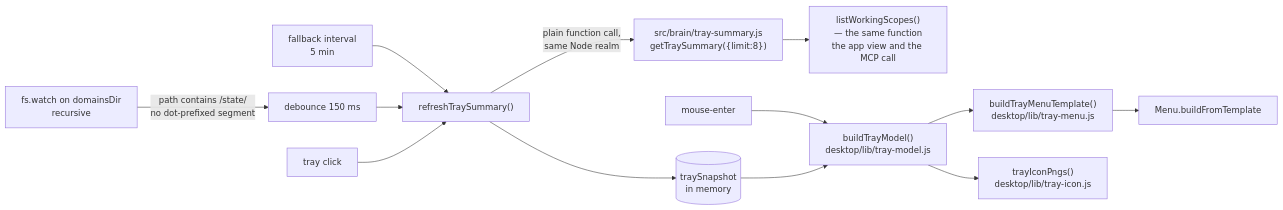
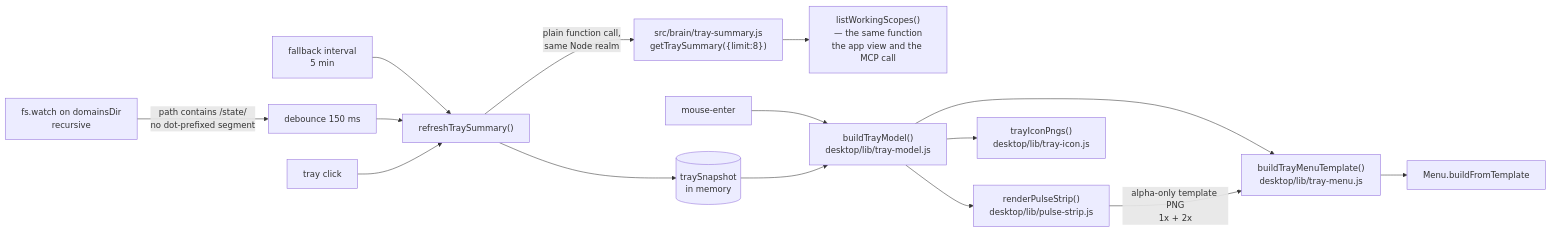
The fourth of 4 diagrams in docs/architecture.md (talirezun/the-curator), drawn with Mermaid before and after one commit. The commit also changed other lines of this file and 9 other files, not shown here.

````diff
--- a/docs/architecture.md
+++ b/docs/architecture.md
@@ -701,15 +701,17 @@
 ```mermaid
 flowchart LR
     W["fs.watch on domainsDir<br/>recursive"] -->|"path contains /state/<br/>no dot-prefixed segment"| DB["debounce 150 ms"]
     FB["fallback interval<br/>5 min"] --> RF
     DB --> RF["refreshTraySummary()"]
     CLICK["tray click"] --> RF
     RF -->|"plain function call,<br/>same Node realm"| TS["src/brain/tray-summary.js<br/>getTraySummary({limit:8})"]
     TS --> LWS["listWorkingScopes()<br/>— the same function<br/>the app view and the MCP call"]
     RF --> SNAP[("traySnapshot<br/>in memory")]
     HOVER["mouse-enter"] --> REN
     SNAP --> REN["buildTrayModel()<br/>desktop/lib/tray-model.js"]
     REN --> TPL["buildTrayMenuTemplate()<br/>desktop/lib/tray-menu.js"]
+    REN --> STR["renderPulseStrip()<br/>desktop/lib/pulse-strip.js"]
+    STR -->|"alpha-only template PNG<br/>1x + 2x"| TPL
     REN --> GLY["trayIconPngs()<br/>desktop/lib/tray-icon.js"]
     TPL --> MENU["Menu.buildFromTemplate"]
 ```
````
